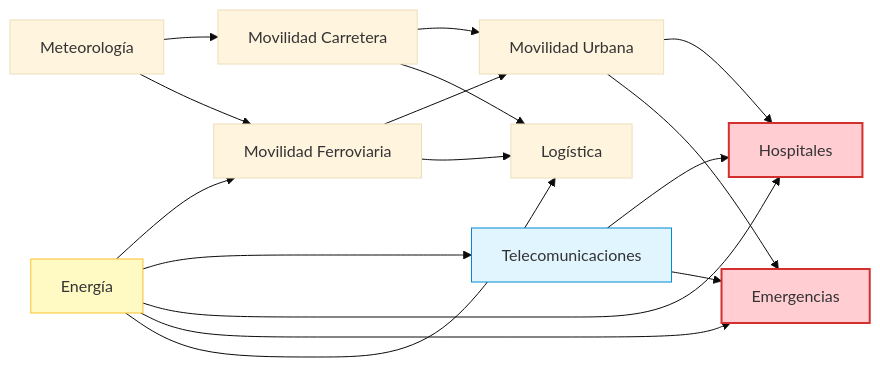
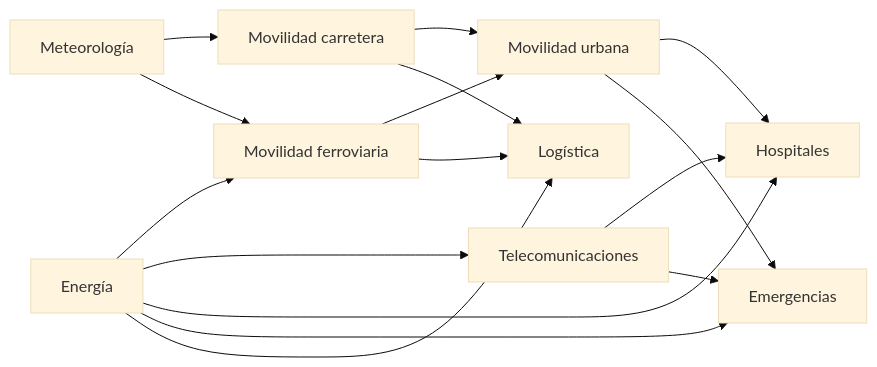
Before and after one commit to aaleexxlex/TFG: the second of 2 diagrams in README.md, drawn with Mermaid (base theme). The commit also changed other lines of this file, not shown here.

````diff
--- a/README.md
+++ b/README.md
@@ -98,25 +212,21 @@
 ```mermaid
 graph LR
-    meteorologia[Meteorología] --> movilidad_carretera[Movilidad Carretera]
-    meteorologia --> movilidad_ferroviaria[Movilidad Ferroviaria]
+    meteorologia[Meteorología] --> movilidad_carretera[Movilidad carretera]
+    meteorologia --> movilidad_ferroviaria[Movilidad ferroviaria]
+
     energia[Energía] --> movilidad_ferroviaria
     energia --> telecomunicaciones[Telecomunicaciones]
     energia --> hospitales[Hospitales]
     energia --> emergencias[Emergencias]
     energia --> logistica[Logística]
-    
-    movilidad_carretera --> movilidad_urbana[Movilidad Urbana]
+
+    movilidad_carretera --> movilidad_urbana[Movilidad urbana]
     movilidad_ferroviaria --> movilidad_urbana
+    movilidad_carretera --> logistica
     movilidad_ferroviaria --> logistica
-    movilidad_carretera --> logistica
-    
+
     movilidad_urbana --> hospitales
     movilidad_urbana --> emergencias
     telecomunicaciones --> hospitales
     telecomunicaciones --> emergencias
-
-    style hospitales fill:#ffcdd2,stroke:#d32f2f,stroke-width:2px;
-    style emergencias fill:#ffcdd2,stroke:#d32f2f,stroke-width:2px;
-    style telecomunicaciones fill:#e1f5fe,stroke:#0288d1,stroke-width:1px;
-    style energia fill:#fff9c4,stroke:#fbc02d,stroke-width:1px;
 ```
````
